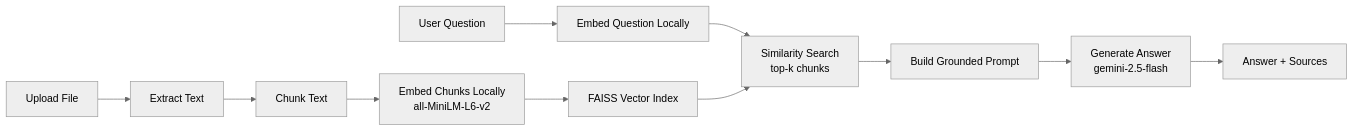
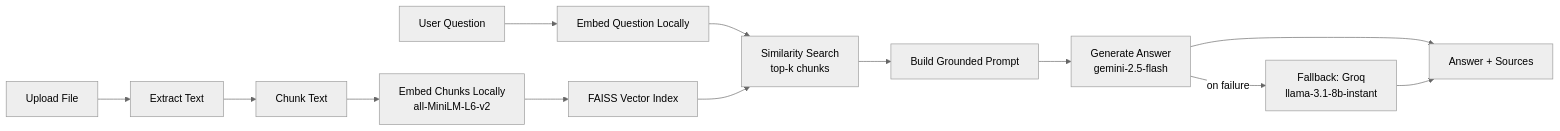
Before and after one commit to HananAIBuilds/docuchat-ai: the diagram in README.md, drawn with Mermaid (neutral theme). The commit also changed other lines of this file, not shown here.

````diff
--- a/README.md
+++ b/README.md
@@ -23,13 +24,15 @@
 ```mermaid
 flowchart LR
     A[Upload File] --> B[Extract Text]
     B --> C[Chunk Text]
     C --> D[Embed Chunks Locally<br/>all-MiniLM-L6-v2]
     D --> E[FAISS Vector Index]
     F[User Question] --> G[Embed Question Locally]
     G --> H[Similarity Search<br/>top-k chunks]
     E --> H
     H --> I[Build Grounded Prompt]
     I --> J[Generate Answer<br/>gemini-2.5-flash]
+    J -->|on failure| L[Fallback: Groq<br/>llama-3.1-8b-instant]
     J --> K[Answer + Sources]
+    L --> K
 ```
````
